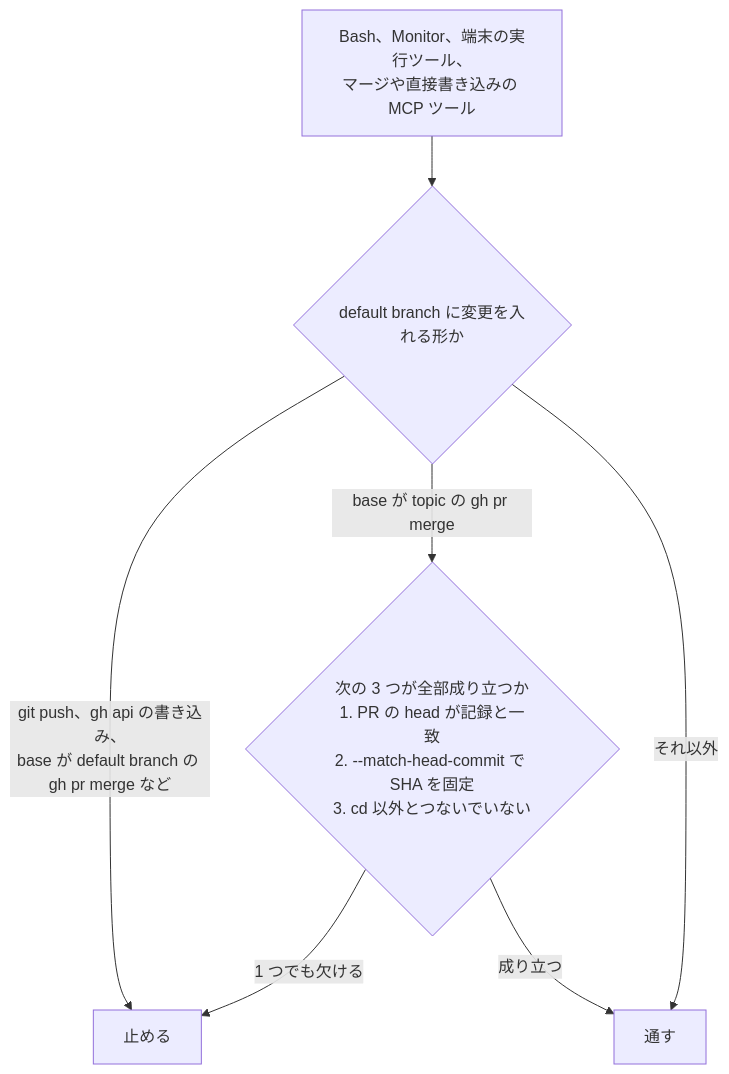
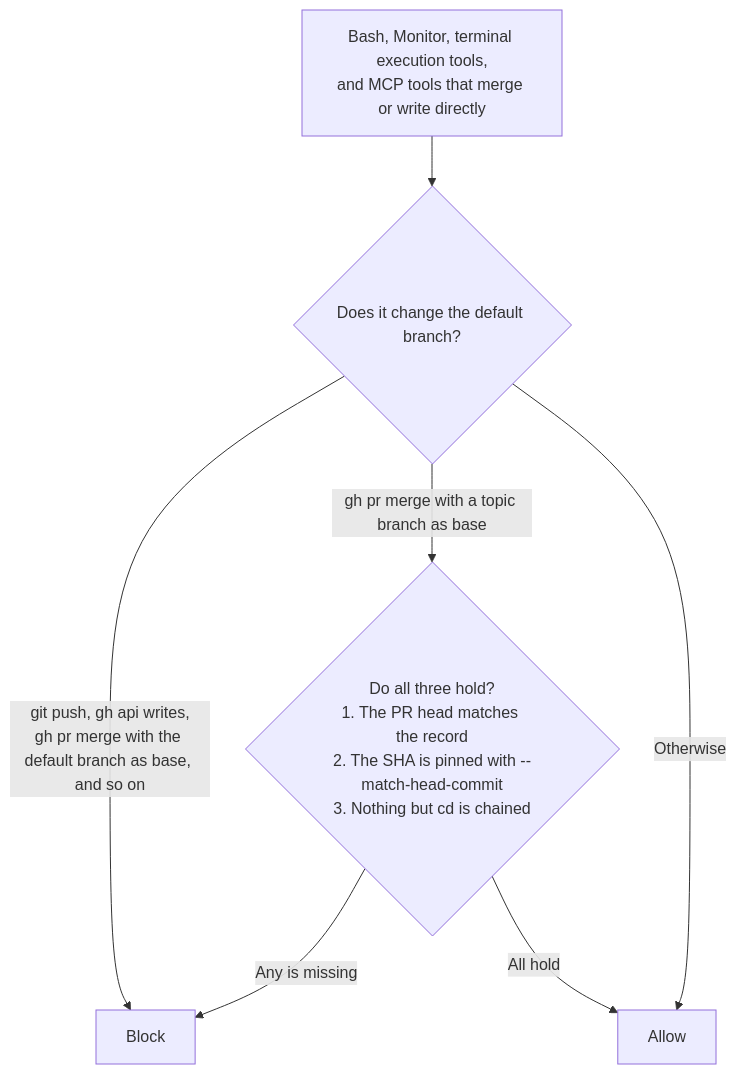
One commit to iamyosei/bigdaddy changed the fourth of 5 diagrams in docs/internals.md. Above: the diagram before and after it, drawn with Mermaid. The commit also changed other lines of this file and 8 other files, not shown here.

````diff
--- a/docs/internals.md
+++ b/docs/internals.md
@@ -126,9 +126,9 @@
 ```mermaid
 flowchart TD
-    A["Bash、Monitor、端末の実行ツール、<br/>マージや直接書き込みの MCP ツール"] --> B{"default branch に変更を入れる形か"}
-    B -->|"git push、gh api の書き込み、<br/>base が default branch の gh pr merge など"| NG["止める"]
-    B -->|"base が topic の gh pr merge"| C{"次の 3 つが全部成り立つか<br/>1. PR の head が記録と一致<br/>2. --match-head-commit で SHA を固定<br/>3. cd 以外とつないでいない"}
-    C -->|"成り立つ"| OK["通す"]
-    C -->|"1 つでも欠ける"| NG
-    B -->|"それ以外"| OK
+    A["Bash, Monitor, terminal execution tools,<br/>and MCP tools that merge or write directly"] --> B{"Does it change the default branch?"}
+    B -->|"git push, gh api writes,<br/>gh pr merge with the default branch as base, and so on"| NG["Block"]
+    B -->|"gh pr merge with a topic branch as base"| C{"Do all three hold?<br/>1. The PR head matches the record<br/>2. The SHA is pinned with --match-head-commit<br/>3. Nothing but cd is chained"}
+    C -->|"All hold"| OK["Allow"]
+    C -->|"Any is missing"| NG
+    B -->|"Otherwise"| OK
 ```
````
